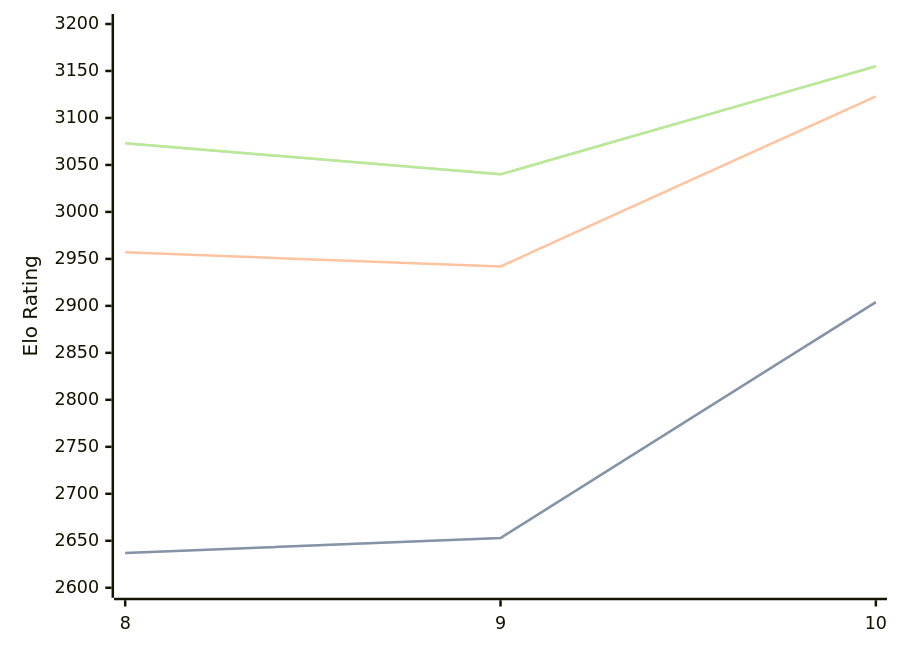
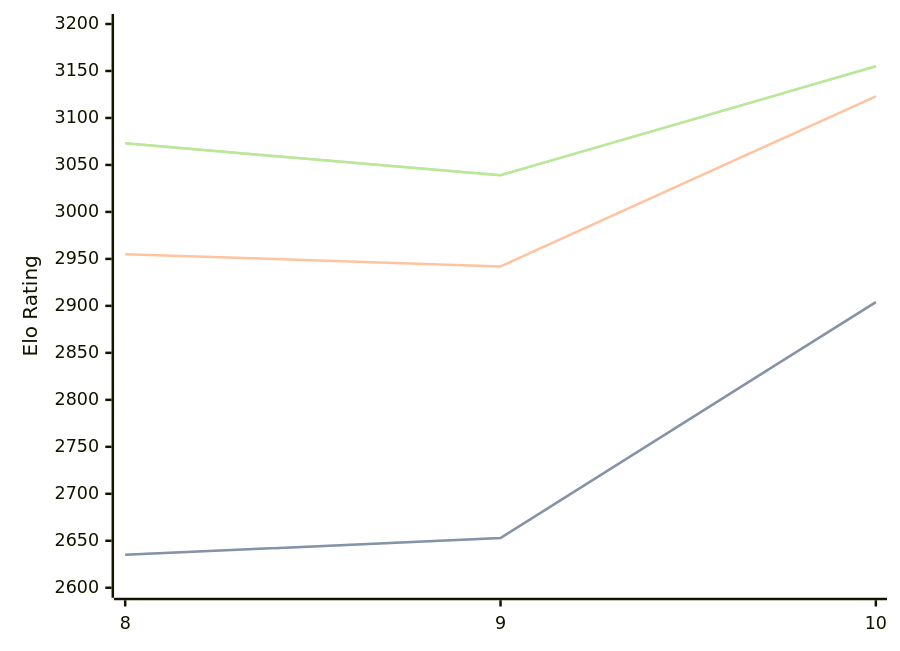
One commit to computer-chess-index/cci changed the diagram in engines/Lozza.md. Above: the diagram before and after it, drawn with Mermaid. The commit also changed other lines of this file, not shown here.

Commit message:
Update CCI Ratings (ELO VLTC) - 2026-04-20

````diff
--- a/engines/Lozza.md
+++ b/engines/Lozza.md
@@ -41,11 +41,11 @@
 ```mermaid
 %%{init: {"theme":"base","themeVariables":{"seriesColors:['#a3a3a3','#222221','#faa371']}}}%%
 xychart-beta
   x-axis ["8", "9", "10"]
   y-axis "Elo Rating" 2600 --> 3200
-  line "STC (8.0+0.08s)" [2637, 2653, 2904]
-  line "STC (8.0+0.08s)" [2637, 2653, 2904]
-  line "LTC (60.0+0.60s)" [2957, 2942, 3123]
-  line "VLTC (2m24s+1.12s)" [3073, 3040, 3155]
-  line "VLTC (2m24s+1.12s)" [3073, 3040, 3155]
+  line "STC (8.0+0.08s)" [2635, 2653, 2904]
+  line "STC (8.0+0.08s)" [2635, 2653, 2904]
+  line "LTC (60.0+0.60s)" [2955, 2942, 3123]
+  line "VLTC (2m24s+1.12s)" [3073, 3039, 3155]
+  line "VLTC (2m24s+1.12s)" [3073, 3039, 3155]
 ```
````
